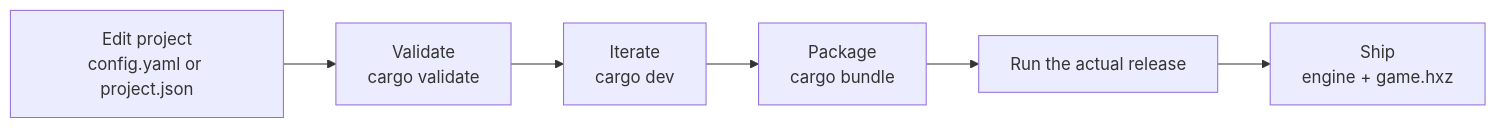
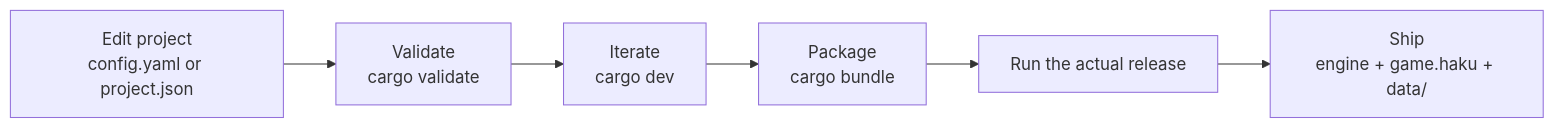
The first of 4 diagrams in README.md (maincoretech/keine), drawn with Mermaid before and after one commit. The commit also changed other lines of this file and 42 other files, not shown here.

````diff
--- a/README.md
+++ b/README.md
@@ -73,8 +73,8 @@
 ```mermaid
 flowchart LR
     A["Edit project<br/>config.yaml or project.json"] --> B["Validate<br/>cargo validate"]
     B --> C["Iterate<br/>cargo dev"]
     C --> D["Package<br/>cargo bundle"]
     D --> E["Run the actual release"]
-    E --> F["Ship<br/>engine + game.hxz"]
+    E --> F["Ship<br/>engine + game.haku + data/"]
 ```
````
